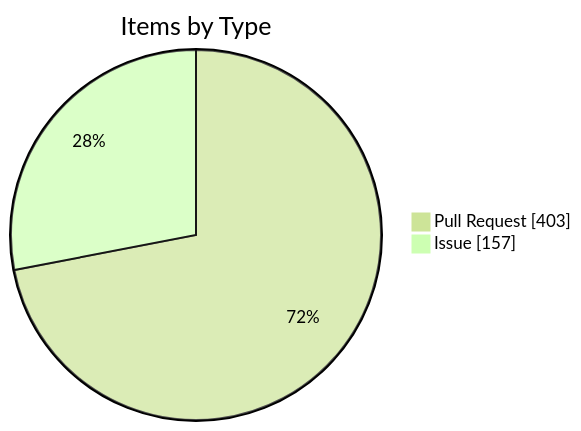
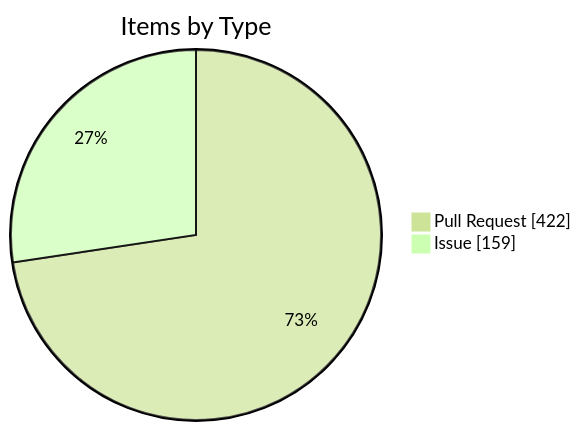
One commit to KBVE/kbve changed the fourth of 4 diagrams in apps/kbve/astro-kbve/src/content/docs/dashboard/kanban-data.mdx. Above: the diagram before and after it, drawn with Mermaid (forest theme). The commit also changed other lines of this file and 8 other files, not shown here.

````diff
--- a/apps/kbve/astro-kbve/src/content/docs/dashboard/kanban-data.mdx
+++ b/apps/kbve/astro-kbve/src/content/docs/dashboard/kanban-data.mdx
@@ -116,6 +116,6 @@
 ```mermaid
 pie showData
     title Items by Type
-    "Pull Request" : 403
-    "Issue" : 157
+    "Pull Request" : 422
+    "Issue" : 159
 ```
````
